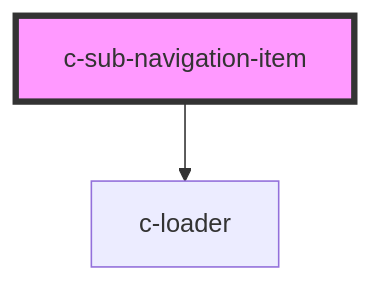
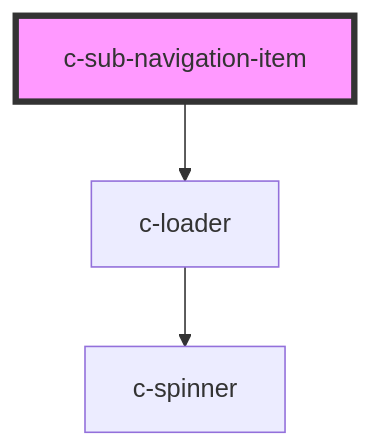
Before and after one commit to CSCfi/ui: the diagram in packages/csc-ui/src/components/c-sub-navigation-item/readme.md, drawn with Mermaid. The commit also changed 6 other files, not shown here.

````diff
--- a/packages/csc-ui/src/components/c-sub-navigation-item/readme.md
+++ b/packages/csc-ui/src/components/c-sub-navigation-item/readme.md
@@ -34,5 +34,6 @@
 ```mermaid
 graph TD;
   c-sub-navigation-item --> c-loader
+  c-loader --> c-spinner
   style c-sub-navigation-item fill:#f9f,stroke:#333,stroke-width:4px
 ```
````
